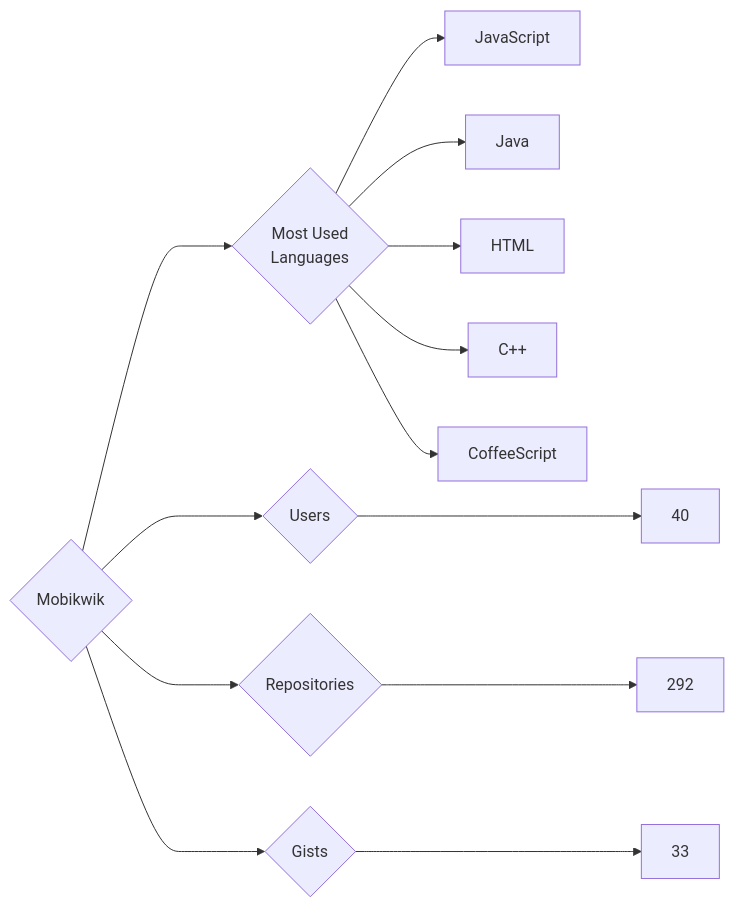
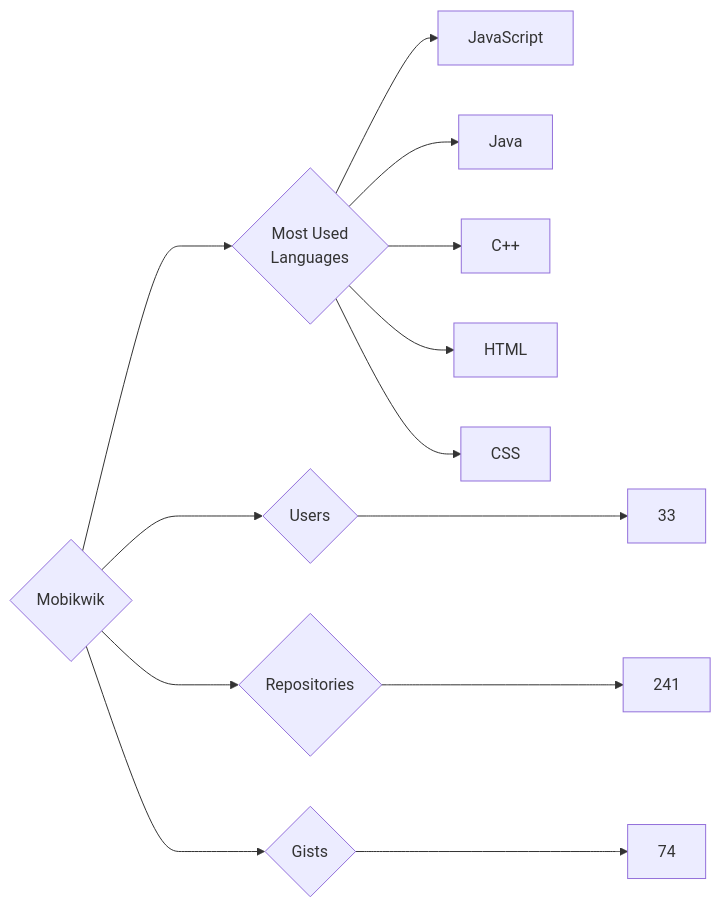
Before and after one commit to trickest/insiders: the diagram in targets/Mobikwik/README.md, drawn with Mermaid. The commit also changed 970 other files, not shown here.

````diff
--- a/targets/Mobikwik/README.md
+++ b/targets/Mobikwik/README.md
@@ -3,13 +3,13 @@
 ```mermaid
 graph LR
 COMPANY_NAME{Mobikwik}
-COMPANY_NAME ---> U{Users} ---> UN[40]
-COMPANY_NAME ---> R{Repositories} ---> RN[292]
-COMPANY_NAME ---> G{Gists} ---> GN[33]
+COMPANY_NAME ---> U{Users} ---> UN[33]
+COMPANY_NAME ---> R{Repositories} ---> RN[241]
+COMPANY_NAME ---> G{Gists} ---> GN[74]
 COMPANY_NAME ---> ML{Most Used<br>Languages}
 ML --> JavaScript[JavaScript]
 ML --> Java[Java]
+ML --> C++[C++]
 ML --> HTML[HTML]
-ML --> C++[C++]
-ML --> CoffeeScript[CoffeeScript]
+ML --> CSS[CSS]
 ```
````
